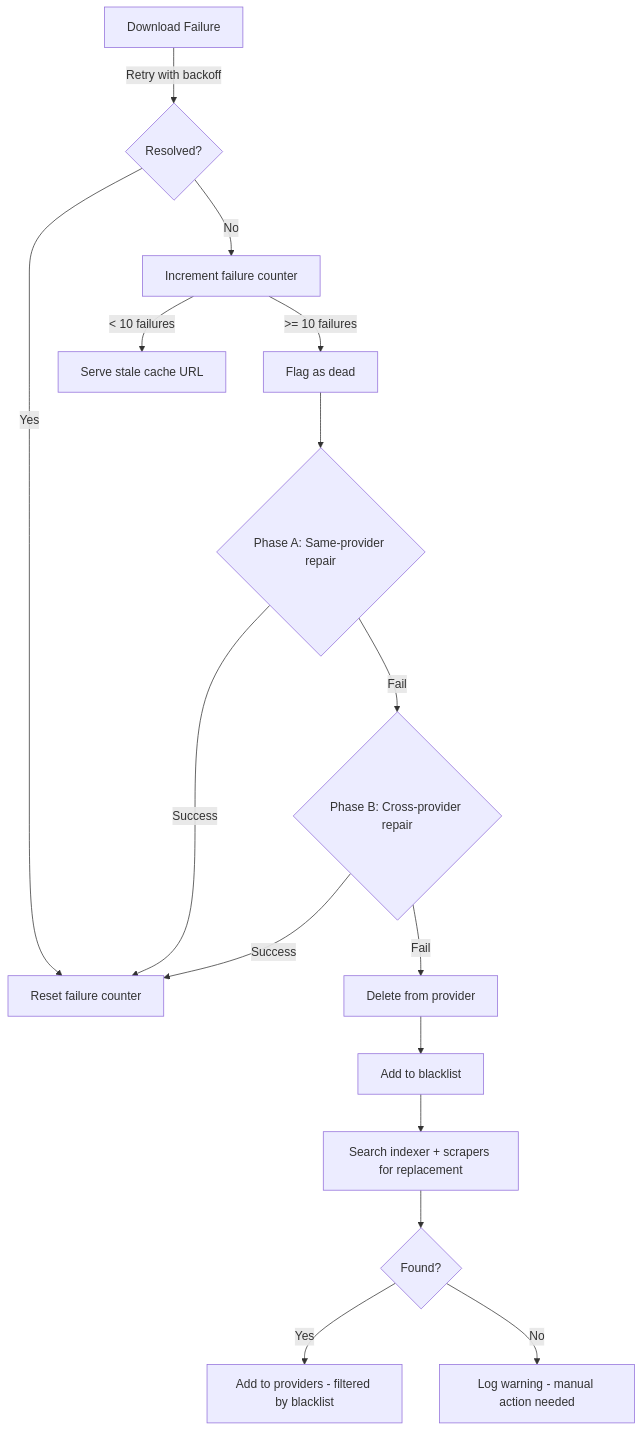
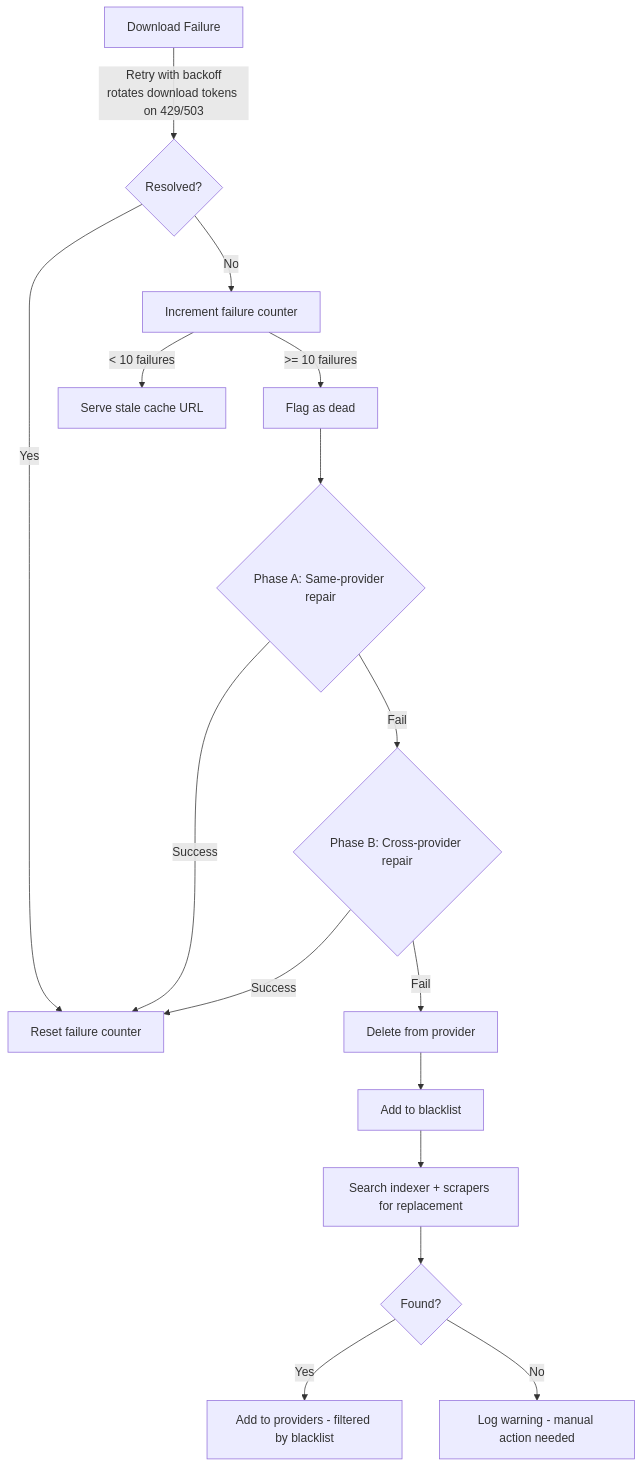
The second of 2 diagrams in README.md (moderniselife/SchroDrive), drawn with Mermaid before and after one commit. The commit also changed other lines of this file and 47 other files, not shown here.

````diff
--- a/README.md
+++ b/README.md
@@ -360,18 +427,18 @@
 ```mermaid
 graph TD
-    A[Download Failure] -->|Retry with backoff| B{Resolved?}
+    A[Download Failure] -->|Retry with backoff<br/>rotates download tokens on 429/503| B{Resolved?}
     B -->|Yes| C[Reset failure counter]
     B -->|No| D[Increment failure counter]
     D -->|< 10 failures| E[Serve stale cache URL]
     D -->|>= 10 failures| F[Flag as dead]
     F --> R1{Phase A: Same-provider repair}
     R1 -->|Success| C
     R1 -->|Fail| R2{Phase B: Cross-provider repair}
     R2 -->|Success| C
     R2 -->|Fail| G[Delete from provider]
     G --> H[Add to blacklist]
     H --> I[Search indexer + scrapers for replacement]
     I --> J{Found?}
     J -->|Yes| K[Add to providers - filtered by blacklist]
     J -->|No| L[Log warning - manual action needed]
 ```
````
